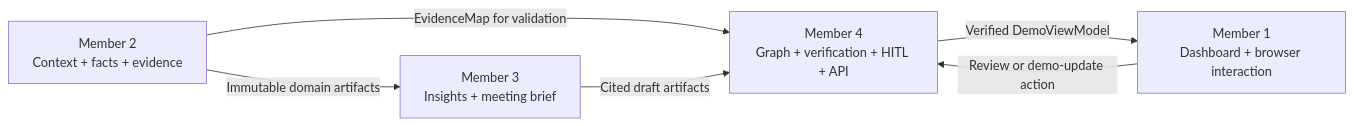
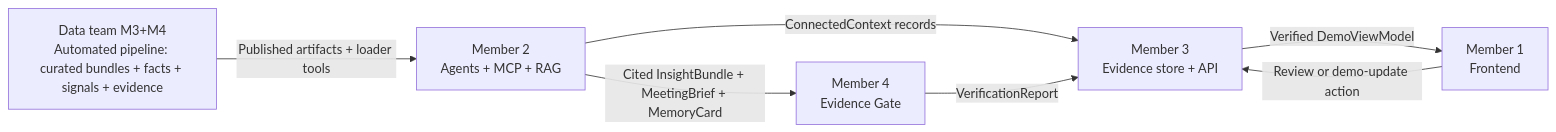
Before and after one commit to choiwab/SingHacks-2026: the fourth of 4 diagrams in docs/PRD_TEAMS_RM_INTELLIGENCE.md, drawn with Mermaid. The commit also changed other lines of this file, not shown here.

````diff
--- a/docs/PRD_TEAMS_RM_INTELLIGENCE.md
+++ b/docs/PRD_TEAMS_RM_INTELLIGENCE.md
@@ -663,8 +863,9 @@
 ```mermaid
 flowchart LR
-    M2[Member 2<br/>Context + facts + evidence] -->|Immutable domain artifacts| M3[Member 3<br/>Insights + meeting brief]
-    M2 -->|EvidenceMap for validation| M4[Member 4<br/>Graph + verification + HITL + API]
-    M3 -->|Cited draft artifacts| M4
-    M4 -->|Verified DemoViewModel| M1[Member 1<br/>Dashboard + browser interaction]
-    M1 -->|Review or demo-update action| M4
+    DT[Data team M3+M4<br/>Automated pipeline: curated bundles + facts + signals + evidence] -->|Published artifacts + loader tools| M2[Member 2<br/>Agents + MCP + RAG]
+    M2 -->|ConnectedContext records| M3[Member 3<br/>Evidence store + API]
+    M2 -->|Cited InsightBundle + MeetingBrief + MemoryCard| M4[Member 4<br/>Evidence Gate]
+    M4 -->|VerificationReport| M3
+    M3 -->|Verified DemoViewModel| M1[Member 1<br/>Frontend]
+    M1 -->|Review or demo-update action| M3
 ```
````
